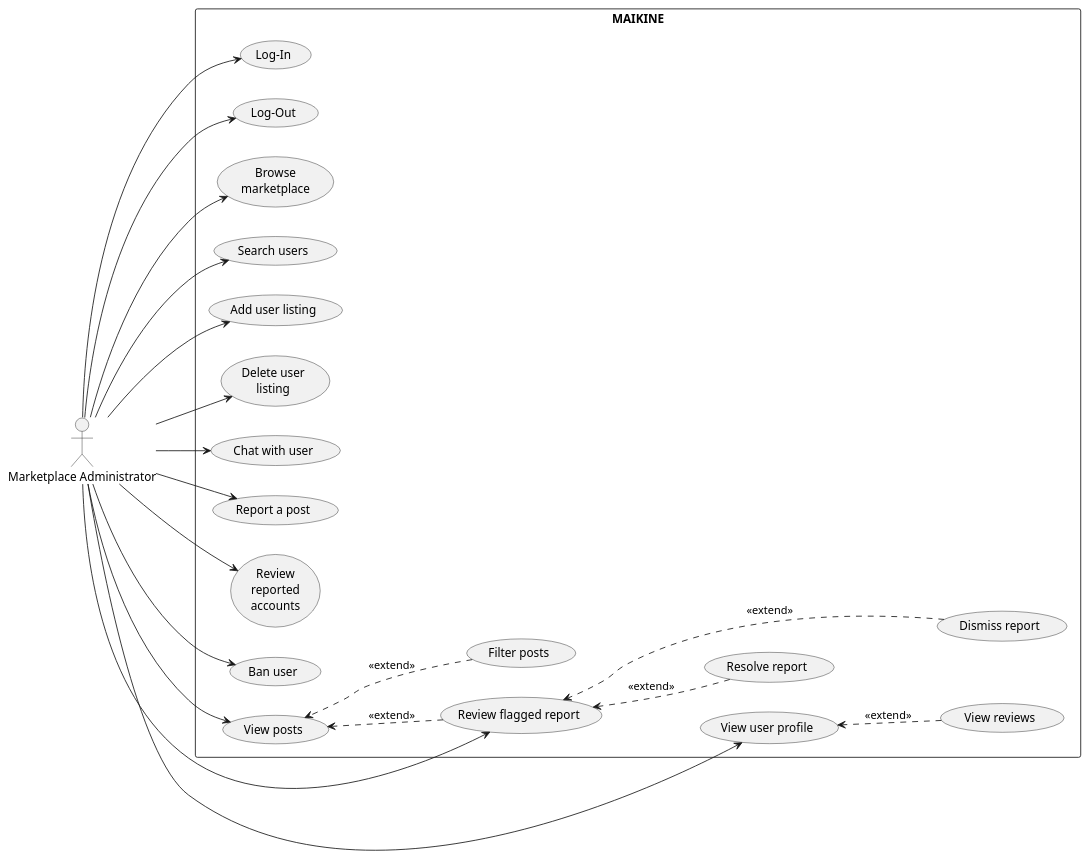
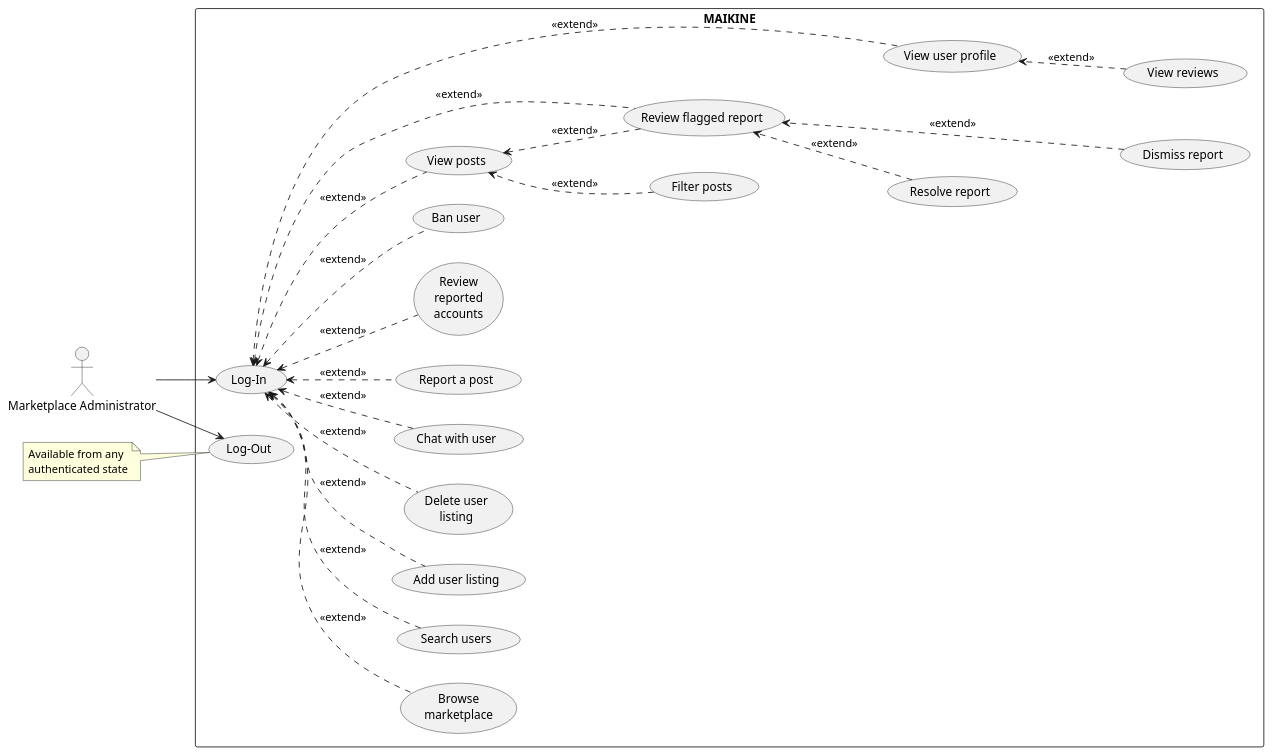
The diagram in usecaseDiagrams/Marketplace_Administrator_Diagram.puml (JanPerez35/PlantUML), drawn with PlantUML before and after one commit. The commit also changed 10 other files, not shown here.

Commit message:
Updated use case and activity diagrams.

```diff
--- a/usecaseDiagrams/Marketplace_Administrator_Diagram.puml
+++ b/usecaseDiagrams/Marketplace_Administrator_Diagram.puml
@@ -1,63 +1,67 @@
 @startuml
 left to right direction
 skinparam packageStyle rectangle
 
 actor "Marketplace Administrator" as MarketplaceAdmin
 
 rectangle MAIKINE {
 
   usecase "Log-In" as UC_Login
   usecase "Log-Out" as UC_Logout
 
   usecase "Browse\nmarketplace" as UC_Browse
   usecase "Search users" as UC_SearchUsers
   usecase "Add user listing" as UC_AddListing
   usecase "Delete user\nlisting" as UC_DeleteUserListing
   usecase "Chat with user" as UC_Chat
   usecase "Report a post" as UC_Report
 
   usecase "Review\nreported\naccounts" as UC_ReviewAccounts
   usecase "Ban user" as UC_BanUser
 
   usecase "View posts" as UC_View
   usecase "Filter posts" as UC_Filter
   usecase "Review flagged report" as UC_ViewFlagged
   usecase "Resolve report" as UC_Resolve
   usecase "Dismiss report" as UC_Dismiss
   usecase "View user profile" as UC_ViewProfile
   usecase "View reviews" as UC_ViewReview
 }
 
 MarketplaceAdmin --> UC_Login
 MarketplaceAdmin --> UC_Logout
 
-MarketplaceAdmin --> UC_Browse
-MarketplaceAdmin --> UC_SearchUsers
-MarketplaceAdmin --> UC_AddListing
-MarketplaceAdmin --> UC_Chat
-MarketplaceAdmin --> UC_Report
-MarketplaceAdmin --> UC_BanUser
+UC_Login <.. UC_Browse : <<extend>>
+UC_Login <.. UC_SearchUsers : <<extend>>
+UC_Login <.. UC_AddListing : <<extend>>
+UC_Login <.. UC_Chat : <<extend>>
+UC_Login <.. UC_Report : <<extend>>
+UC_Login <.. UC_BanUser : <<extend>>
 
-MarketplaceAdmin --> UC_View
-MarketplaceAdmin --> UC_ReviewAccounts
-MarketplaceAdmin --> UC_ViewFlagged
-MarketplaceAdmin --> UC_ViewProfile
-MarketplaceAdmin --> UC_DeleteUserListing
+UC_Login <.. UC_View : <<extend>>
+UC_Login <.. UC_ReviewAccounts : <<extend>>
+UC_Login <.. UC_ViewFlagged : <<extend>>
+UC_Login <.. UC_ViewProfile : <<extend>>
+UC_Login <.. UC_DeleteUserListing : <<extend>>
 
 UC_Filter ..> UC_View : <<extend>>
 UC_ViewFlagged ..> UC_View : <<extend>>
 
 UC_Resolve ..> UC_ViewFlagged : <<extend>>
 UC_Dismiss ..> UC_ViewFlagged : <<extend>>
 
 UC_ViewReview ..> UC_ViewProfile : <<extend>>
 
-' layout helpers
 UC_View -[hidden]-> UC_Filter
 UC_View -[hidden]-> UC_ViewFlagged
 UC_ViewFlagged -[hidden]-> UC_Resolve
 UC_Resolve -[hidden]-> UC_Dismiss
 UC_ViewFlagged -[hidden]-> UC_ViewProfile
 UC_ViewProfile -[hidden]-> UC_ViewReview
 
+note left of UC_Logout
+Available from any
+authenticated state
+end note
+
 @enduml
```
